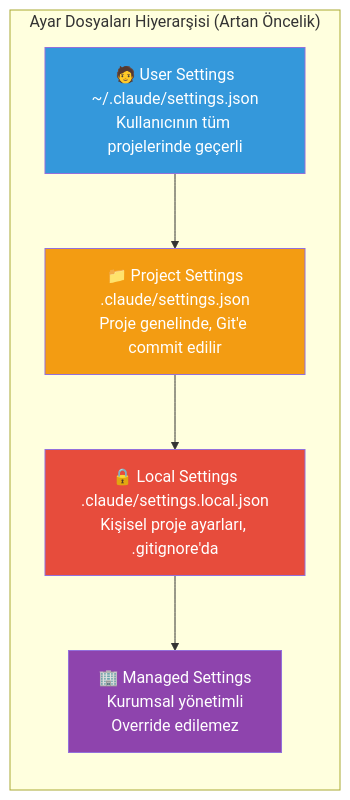
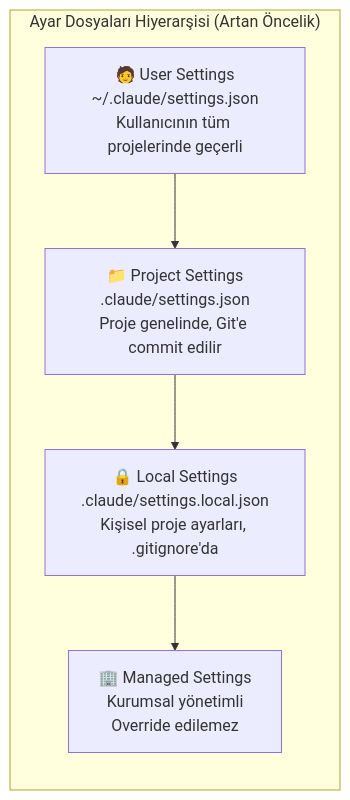
One commit to IzzetYasinAtes/ClaudeCodeHandbook changed the first of 3 diagrams in 17-konfigurasyon/01-ayar-dosyalari-hiyerarsisi.md. Above: the diagram before and after it, drawn with Mermaid. The commit also changed other lines of this file and 97 other files, not shown here.

Commit message:
Remove all custom Mermaid style/fill colors from 98 markdown files for consistent dark theme rendering

````diff
--- a/17-konfigurasyon/01-ayar-dosyalari-hiyerarsisi.md
+++ b/17-konfigurasyon/01-ayar-dosyalari-hiyerarsisi.md
@@ -19,17 +19,13 @@
 ```mermaid
 flowchart TB
     subgraph hierarchy ["Ayar Dosyaları Hiyerarşisi (Artan Öncelik)"]
         direction TB
         USER["🧑 User Settings<br/>~/.claude/settings.json<br/>Kullanıcının tüm projelerinde geçerli"]
         PROJECT["📁 Project Settings<br/>.claude/settings.json<br/>Proje genelinde, Git'e commit edilir"]
         LOCAL["🔒 Local Settings<br/>.claude/settings.local.json<br/>Kişisel proje ayarları, .gitignore'da"]
         MANAGED["🏢 Managed Settings<br/>Kurumsal yönetimli<br/>Override edilemez"]
     end
 
     USER --> PROJECT --> LOCAL --> MANAGED
 
-    style USER fill:#3498DB,color:#fff
-    style PROJECT fill:#F39C12,color:#fff
-    style LOCAL fill:#E74C3C,color:#fff
-    style MANAGED fill:#8E44AD,color:#fff
 ```
````
